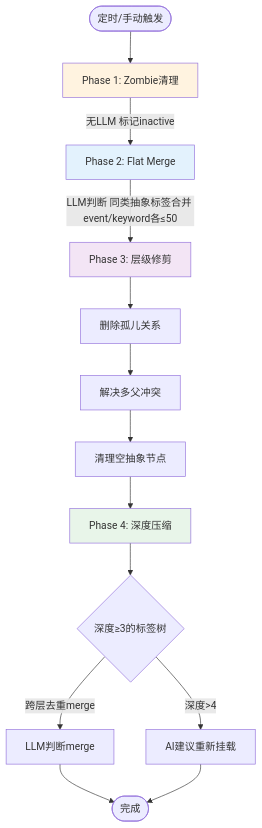
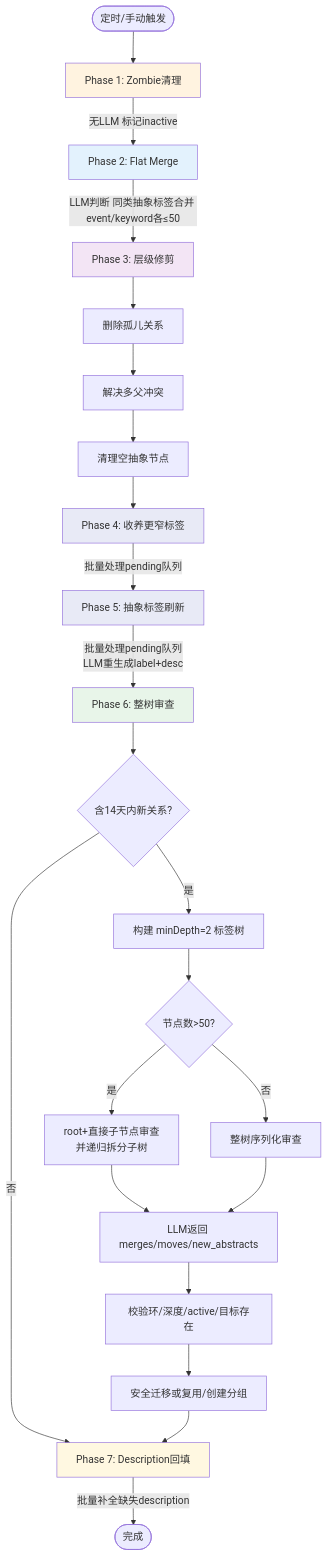
One commit to ZanebonoAlter/ZanebonoRssReader changed the tenth of 10 diagrams in docs/guides/tagging-flow.md. Above: the diagram before and after it, drawn with Mermaid. The commit also changed other lines of this file and 67 other files, not shown here.

````diff
--- a/docs/guides/tagging-flow.md
+++ b/docs/guides/tagging-flow.md
@@ -259,20 +375,32 @@
 ```mermaid
 flowchart TD
     START([定时/手动触发]) --> P1[Phase 1: Zombie清理]
     P1 --> |无LLM 标记inactive| P2[Phase 2: Flat Merge]
     P2 --> |LLM判断 同类抽象标签合并 event/keyword各≤50| P3[Phase 3: 层级修剪]
     P3 --> P3A[删除孤儿关系]
     P3A --> P3B[解决多父冲突]
     P3B --> P3C[清理空抽象节点]
-    P3C --> P4[Phase 4: 深度压缩]
-    P4 --> P4A{深度≥3的标签树}
-    P4A --> |跨层去重merge| P4B[LLM判断merge]
-    P4A --> |深度>4| P4C[AI建议重新挂载]
-    P4B --> END1([完成])
-    P4C --> END1
+    P3C --> P4[Phase 4: 收养更窄标签]
+    P4 --> |批量处理pending队列| P5[Phase 5: 抽象标签刷新]
+    P5 --> |批量处理pending队列<br/>LLM重生成label+desc| P6[Phase 6: 整树审查]
+    P6 --> P6A{含14天内新关系?}
+    P6A -->|否| P7[Phase 7: Description回填]
+    P6A -->|是| P6B[构建 minDepth=2 标签树]
+    P6B --> P6C{节点数>50?}
+    P6C -->|是| P6D[root+直接子节点审查<br/>并递归拆分子树]
+    P6C -->|否| P6E[整树序列化审查]
+    P6D --> P6F[LLM返回 merges/moves/new_abstracts]
+    P6E --> P6F
+    P6F --> P6G[校验环/深度/active/目标存在]
+    P6G --> P6H[安全迁移或复用/创建分组]
+    P6H --> P7
+    P7 --> |批量补全缺失description| END1([完成])
 
     style P1 fill:#fff3e0
     style P2 fill:#e3f2fd
     style P3 fill:#f3e5f5
-    style P4 fill:#e8f5e9
+    style P4 fill:#e8eaf6
+    style P5 fill:#e8eaf6
+    style P6 fill:#e8f5e9
+    style P7 fill:#fff8e1
 ```
````
